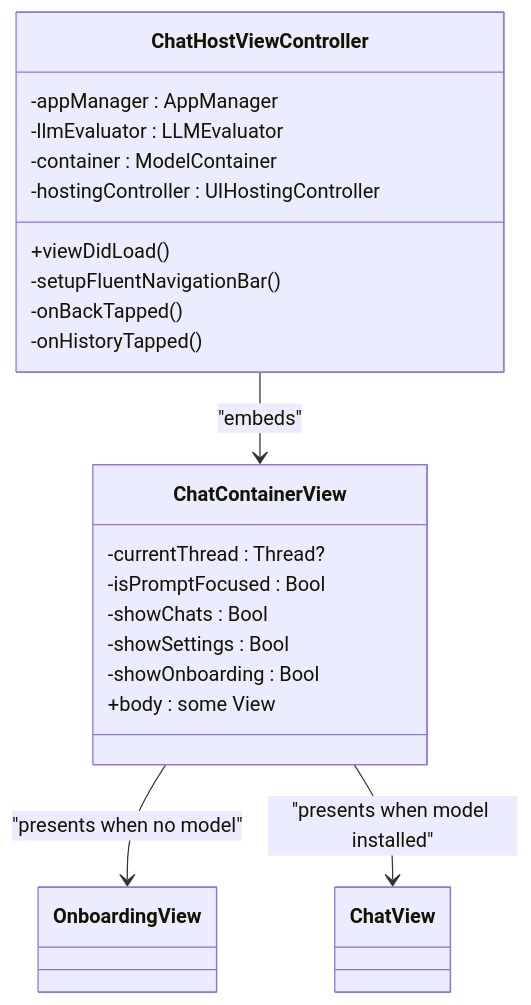
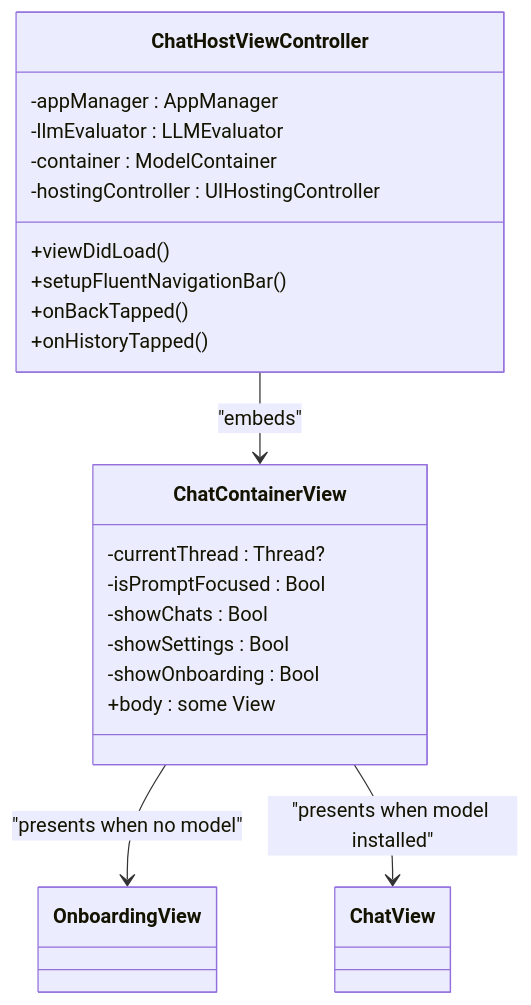
The third of 7 diagrams in .qoder/repowiki/en/content/AI Integration.md (Saransh-Sharma/Tasker), drawn with Mermaid before and after one commit. The commit also changed other lines of this file and 18 other files, not shown here.

````diff
--- a/.qoder/repowiki/en/content/AI Integration.md
+++ b/.qoder/repowiki/en/content/AI Integration.md
@@ -123,24 +129,24 @@
 ```mermaid
 classDiagram
 class ChatHostViewController {
 -appManager : AppManager
 -llmEvaluator : LLMEvaluator
 -container : ModelContainer
 -hostingController : UIHostingController<AnyView>
 +viewDidLoad()
--setupFluentNavigationBar()
--onBackTapped()
--onHistoryTapped()
++setupFluentNavigationBar()
++onBackTapped()
++onHistoryTapped()
 }
 class ChatContainerView {
 -currentThread : Thread?
 -isPromptFocused : Bool
 -showChats : Bool
 -showSettings : Bool
 -showOnboarding : Bool
 +body : some View
 }
 ChatHostViewController --> ChatContainerView : "embeds"
 ChatContainerView --> OnboardingView : "presents when no model"
 ChatContainerView --> ChatView : "presents when model installed"
 ```
````
